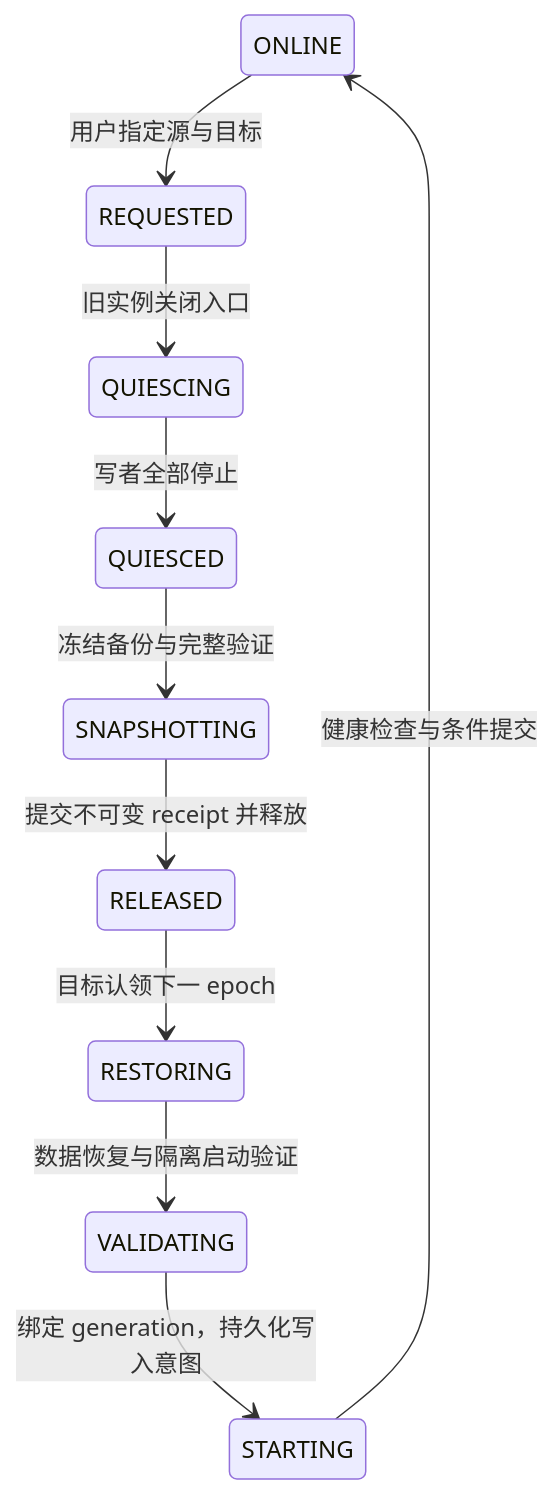
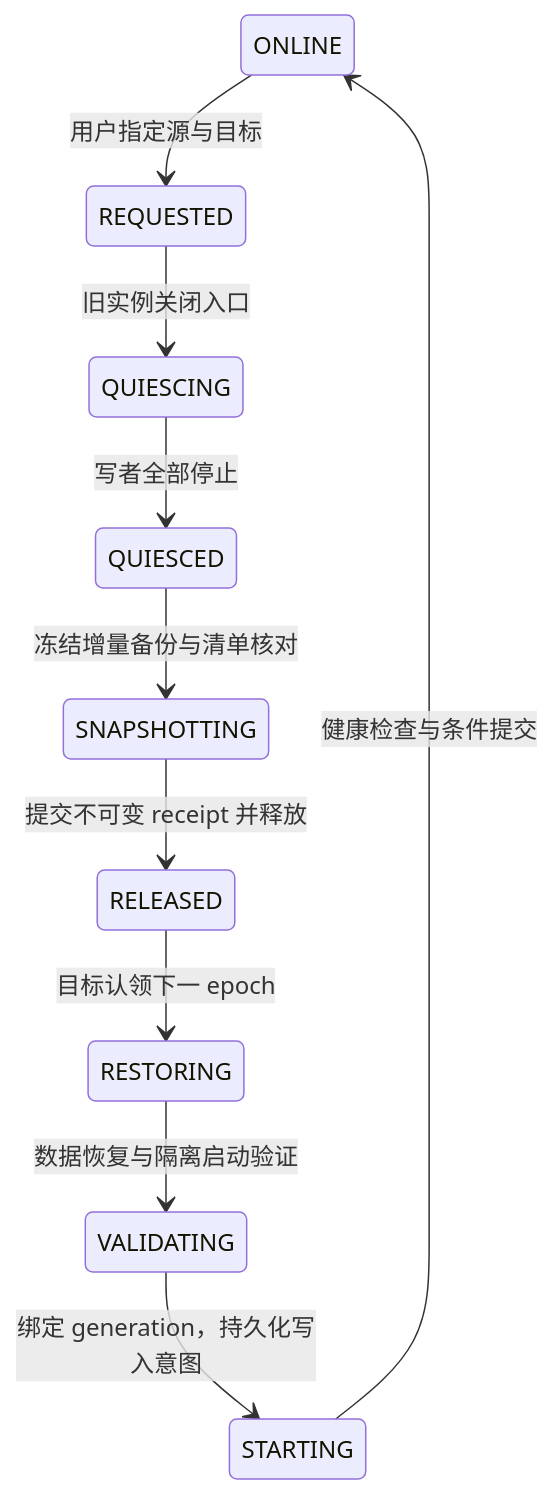
The diagram in docs/architecture.md (xiao0yy/cf-worker-matrix-admin), drawn with Mermaid before and after one commit. The commit also changed other lines of this file and 30 other files, not shown here.

````diff
--- a/docs/architecture.md
+++ b/docs/architecture.md
@@ -48,12 +78,12 @@
 ```mermaid
 stateDiagram-v2
     ONLINE --> REQUESTED: 用户指定源与目标
     REQUESTED --> QUIESCING: 旧实例关闭入口
     QUIESCING --> QUIESCED: 写者全部停止
-    QUIESCED --> SNAPSHOTTING: 冻结备份与完整验证
+    QUIESCED --> SNAPSHOTTING: 冻结增量备份与清单核对
     SNAPSHOTTING --> RELEASED: 提交不可变 receipt 并释放
     RELEASED --> RESTORING: 目标认领下一 epoch
     RESTORING --> VALIDATING: 数据恢复与隔离启动验证
     VALIDATING --> STARTING: 绑定 generation，持久化写入意图
     STARTING --> ONLINE: 健康检查与条件提交
 ```
````
